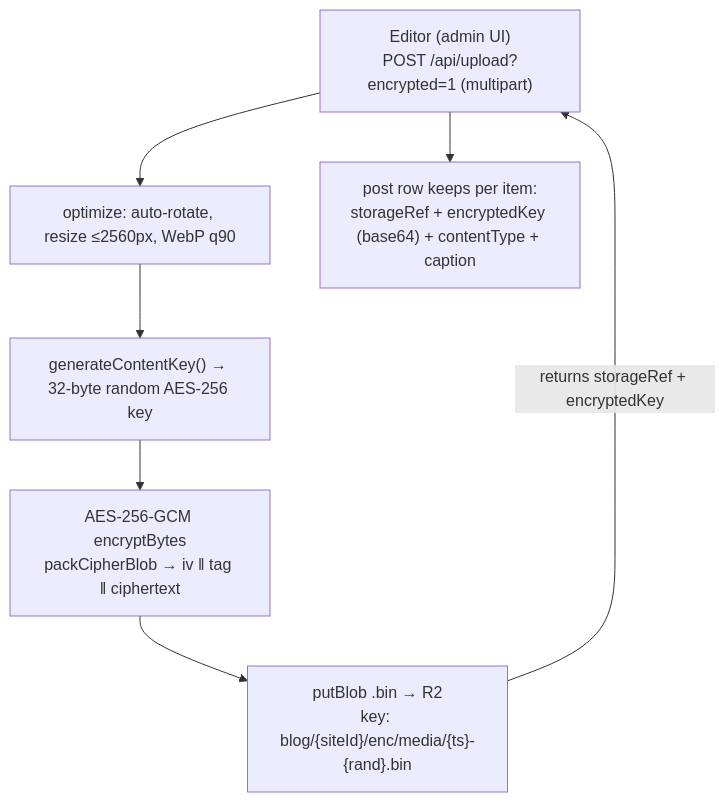
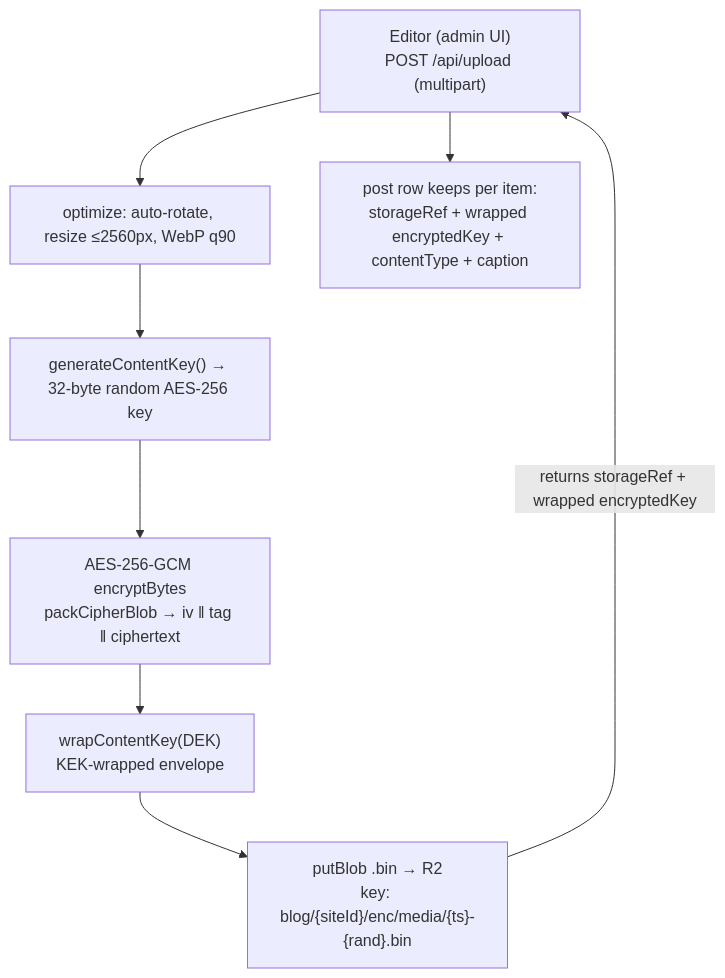
The second of 4 diagrams in docs/src/app/encryption/page.mdx (fortunesayspump/nibgate), drawn with Mermaid before and after one commit. The commit also changed other lines of this file and 116 other files, not shown here.

````diff
--- a/docs/src/app/encryption/page.mdx
+++ b/docs/src/app/encryption/page.mdx
@@ -86,13 +93,14 @@
 ```mermaid
 flowchart TD
-    E["Editor (admin UI)<br/>POST /api/upload?encrypted=1 (multipart)"]
+    E["Editor (admin UI)<br/>POST /api/upload (multipart)"]
     O["optimize: auto-rotate, resize ≤2560px, WebP q90"]
     K["generateContentKey() → 32-byte random AES-256 key"]
     C["AES-256-GCM encryptBytes<br/>packCipherBlob → iv ‖ tag ‖ ciphertext"]
+    W["wrapContentKey(DEK)<br/>KEK-wrapped envelope"]
     U["putBlob .bin → R2<br/>key: blog/{siteId}/enc/media/{ts}-{rand}.bin"]
-    D["post row keeps per item:<br/>storageRef + encryptedKey (base64) + contentType + caption"]
+    D["post row keeps per item:<br/>storageRef + wrapped encryptedKey + contentType + caption"]
 
-    E --> O --> K --> C --> U
-    U -->|"returns storageRef + encryptedKey"| E
+    E --> O --> K --> C --> W --> U
+    U -->|"returns storageRef + wrapped encryptedKey"| E
     E --> D
 ```
````
